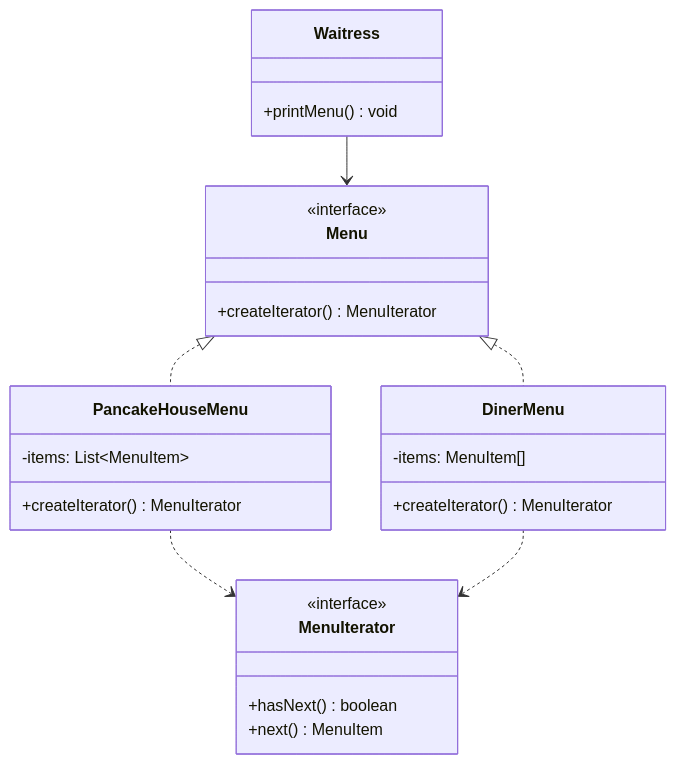
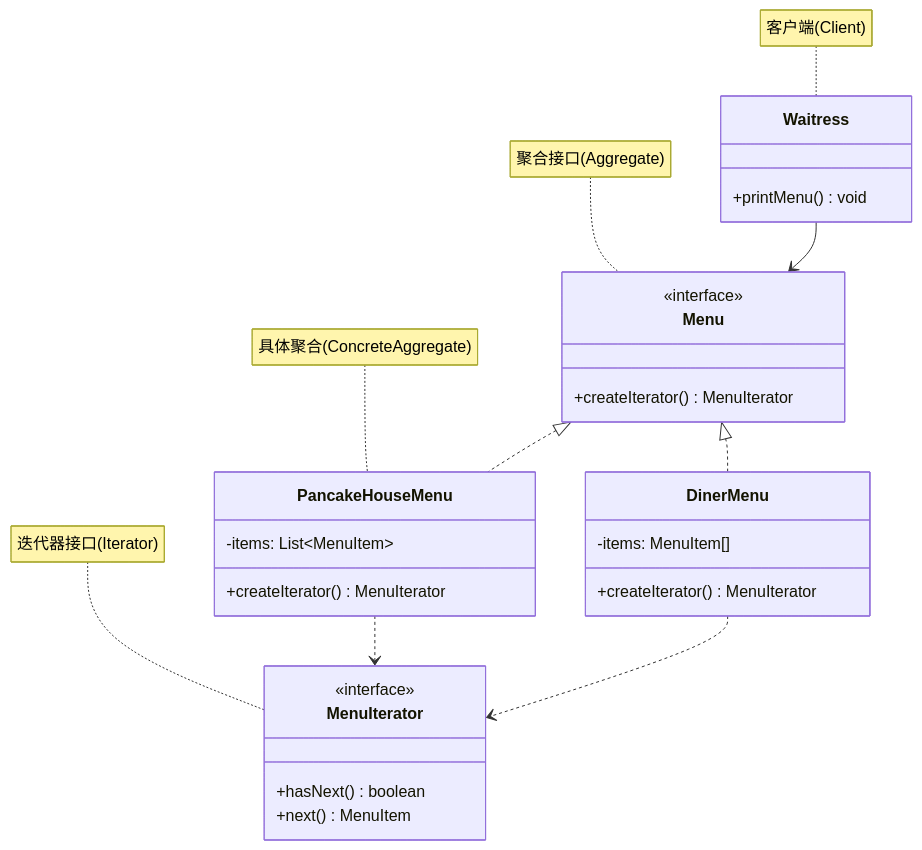
Before and after one commit to luguosong/programming-notes: the diagram in docs/topic/design-patterns/behavioral-patterns/iterator/index.md, drawn with Mermaid. The commit also changed 23 other files, not shown here.

First line of the commit message:
fix: 修正设计模式 UML 箭头类型并添加角色标注

````diff
--- a/docs/topic/design-patterns/behavioral-patterns/iterator/index.md
+++ b/docs/topic/design-patterns/behavioral-patterns/iterator/index.md
@@ -30,28 +30,32 @@
 ```mermaid
 classDiagram
     class MenuIterator {
         <<interface>>
         +hasNext() boolean
         +next() MenuItem
     }
     class Menu {
         <<interface>>
         +createIterator() MenuIterator
     }
     class PancakeHouseMenu {
         -items: List~MenuItem~
         +createIterator() MenuIterator
     }
     class DinerMenu {
         -items: MenuItem[]
         +createIterator() MenuIterator
     }
     class Waitress {
         +printMenu() void
     }
     Menu <|.. PancakeHouseMenu
     Menu <|.. DinerMenu
     PancakeHouseMenu ..> MenuIterator
     DinerMenu ..> MenuIterator
     Waitress --> Menu
+    note for MenuIterator "迭代器接口(Iterator)"
+    note for Menu "聚合接口(Aggregate)"
+    note for PancakeHouseMenu "具体聚合(ConcreteAggregate)"
+    note for Waitress "客户端(Client)"
 ```
````
